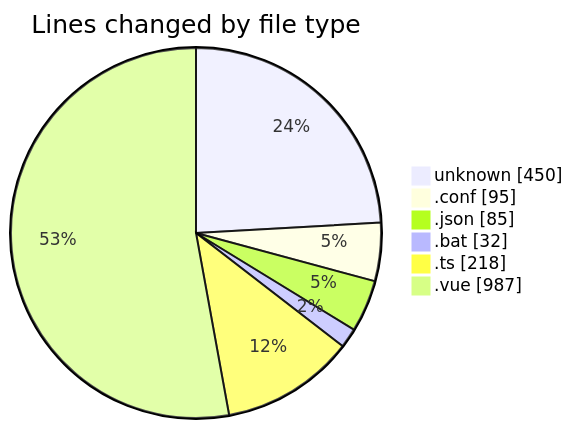
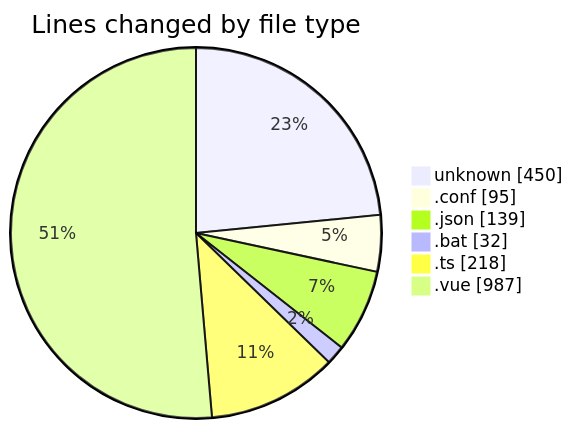
Before and after one commit to lephambinh05/code-tracking: the first of 2 diagrams in 2025-07-12/shopaccv1/README.md, drawn with Mermaid. The commit also changed other lines of this file and 1 other file, not shown here.

````diff
--- a/2025-07-12/shopaccv1/README.md
+++ b/2025-07-12/shopaccv1/README.md
@@ -34,10 +35,10 @@
 ```mermaid
 pie showData
 title Lines changed by file type
 "unknown" : 450
 ".conf" : 95
-".json" : 85
+".json" : 139
 ".bat" : 32
 ".ts" : 218
 ".vue" : 987
 ```
````
